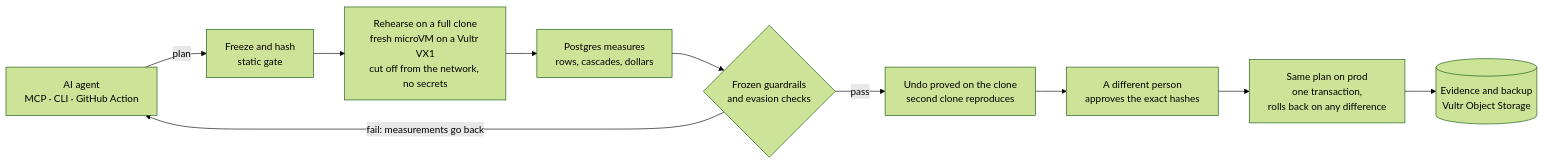
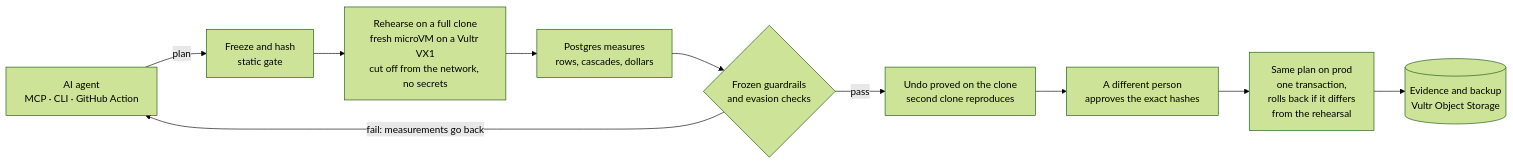
One commit to Prashant-thakur77/Shadow-Run changed the diagram in README.md. Above: the diagram before and after it, drawn with Mermaid (forest theme). The commit also changed other lines of this file and 12 other files, not shown here.

Commit message:
Key results with one reporting style and the prompt-rules arm said plainly, a plan that lies to the clone caught on prod as the first new idea, the size next to the price, tiles that count attacks and incidents exactly, a KVM record that names its machine, and clean form text

````diff
--- a/README.md
+++ b/README.md
@@ -82,12 +81,12 @@
 ```mermaid
 flowchart LR
     A["AI agent<br/>MCP · CLI · GitHub Action"] -->|"plan"| F["Freeze and hash<br/>static gate"]
     F --> R["Rehearse on a full clone<br/>fresh microVM on a Vultr VX1<br/>cut off from the network, no secrets"]
     R --> M["Postgres measures<br/>rows, cascades, dollars"]
     M --> G{"Frozen guardrails<br/>and evasion checks"}
     G -->|"fail: measurements go back"| A
     G -->|"pass"| U["Undo proved on the clone<br/>second clone reproduces"]
     U --> P["A different person<br/>approves the exact hashes"]
-    P --> X["Same plan on prod<br/>one transaction,<br/>rolls back on any difference"]
+    P --> X["Same plan on prod<br/>one transaction,<br/>rolls back if it differs<br/>from the rehearsal"]
     X --> E[("Evidence and backup<br/>Vultr Object Storage")]
 ```
````
